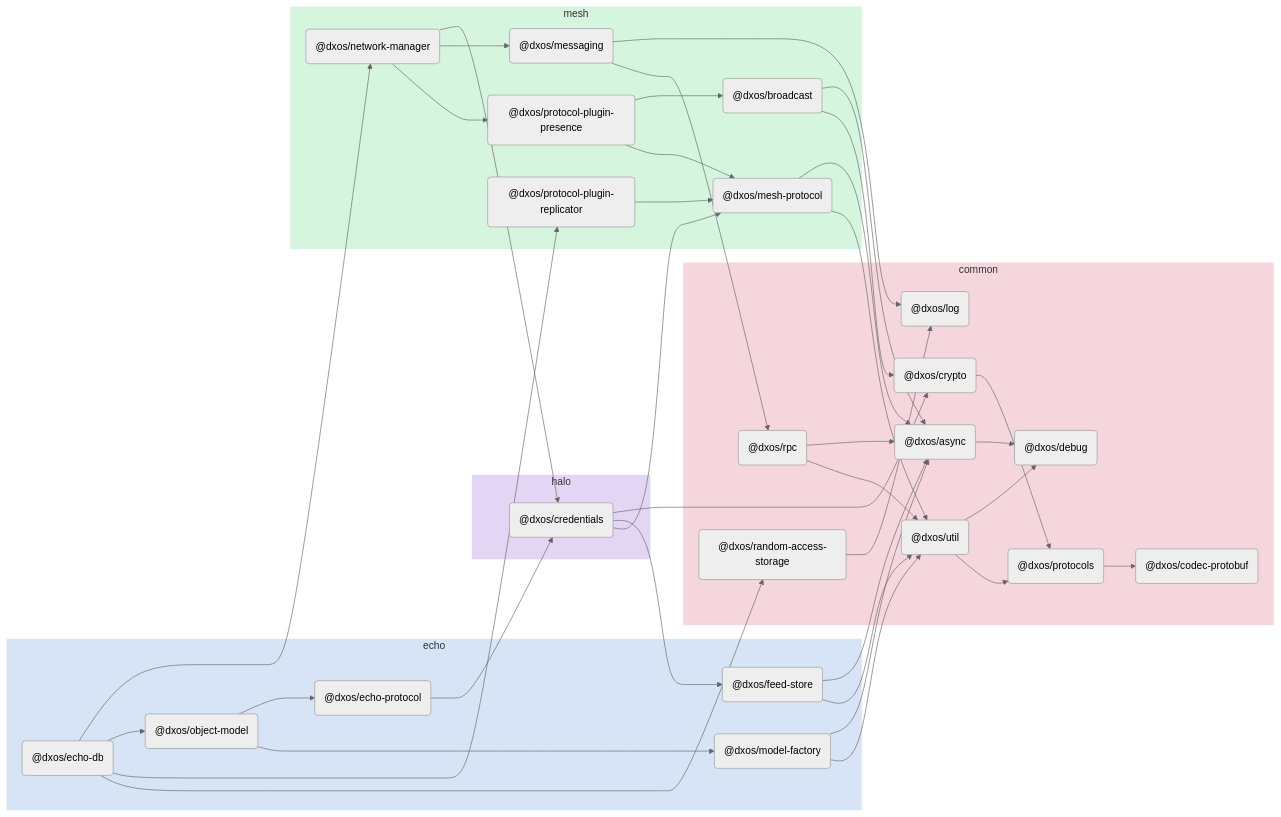
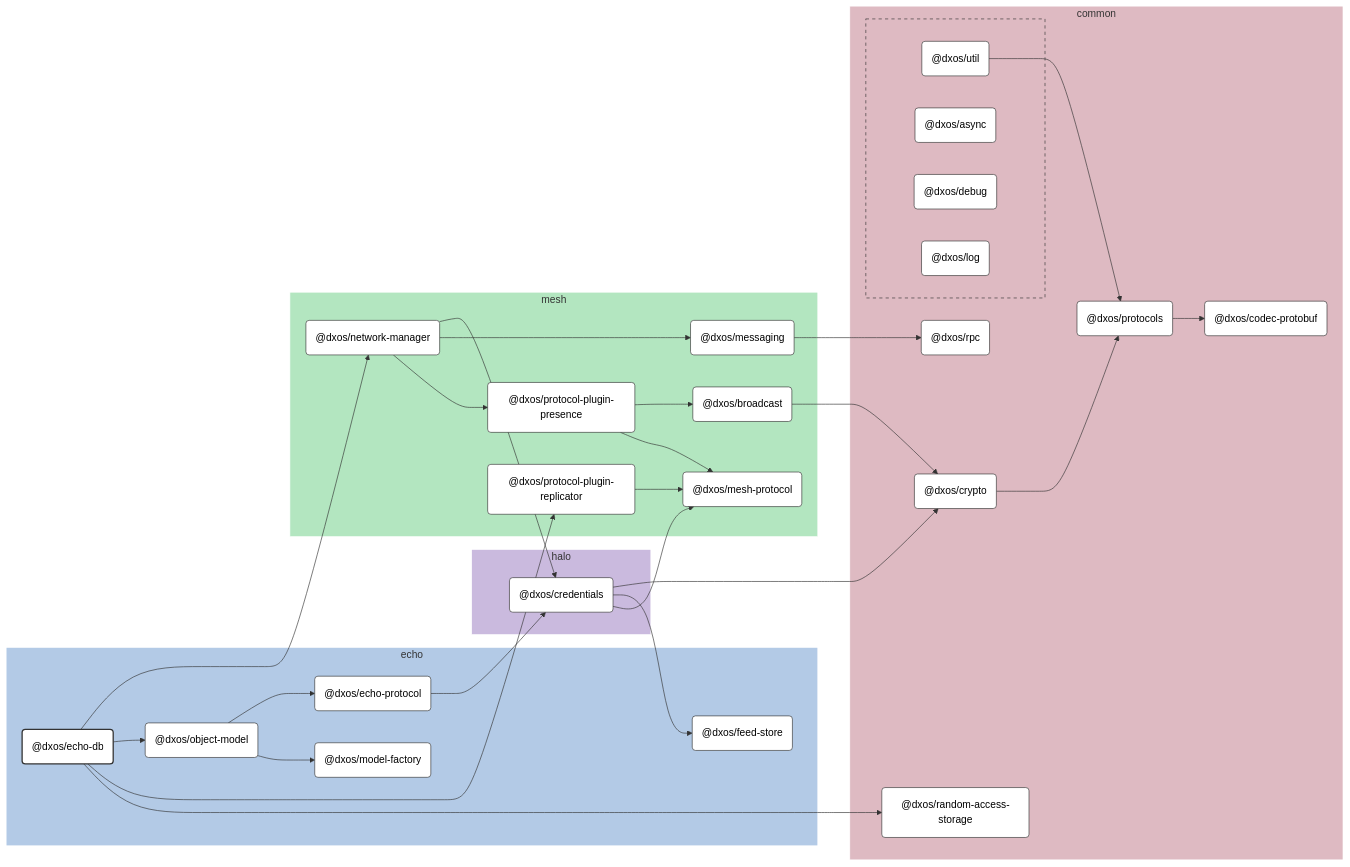
Before and after one commit to dxos/dxos: the diagram in packages/echo/echo-db/docs/README.md, drawn with Mermaid (neutral theme). The commit also changed other lines of this file and 109 other files, not shown here.

````diff
--- a/packages/echo/echo-db/docs/README.md
+++ b/packages/echo/echo-db/docs/README.md
@@ -5,75 +7,126 @@
 ```mermaid
-flowchart LR;
+%%{ init: {'flowchart':{'curve':'basis'}} }%%
 
+flowchart LR
+
+%% Links
+dxos/broadcast --> dxos/crypto;
+dxos/credentials --> dxos/crypto;
+dxos/credentials --> dxos/feed-store;
+dxos/credentials --> dxos/mesh-protocol;
+dxos/crypto --> dxos/protocols;
+dxos/echo-db --> dxos/network-manager;
+dxos/echo-db --> dxos/object-model;
+dxos/echo-db --> dxos/protocol-plugin-replicator;
+dxos/echo-db --> dxos/random-access-storage;
+dxos/echo-protocol --> dxos/credentials;
+dxos/messaging --> dxos/rpc;
+dxos/network-manager --> dxos/credentials;
+dxos/network-manager --> dxos/messaging;
+dxos/network-manager --> dxos/protocol-plugin-presence;
+dxos/object-model --> dxos/echo-protocol;
+dxos/object-model --> dxos/model-factory;
+dxos/protocol-plugin-presence --> dxos/broadcast;
+dxos/protocol-plugin-presence --> dxos/mesh-protocol;
+dxos/protocol-plugin-replicator --> dxos/mesh-protocol;
+dxos/protocols --> dxos/codec-protobuf;
+dxos/util --> dxos/protocols;
+
+%% Sections
 subgraph echo
-  style echo fill:#d6e4f5,stroke:#fff;
-  dxos/echo-db("@dxos/echo-db");
-  dxos/feed-store("@dxos/feed-store");
-  dxos/echo-protocol("@dxos/echo-protocol");
-  dxos/model-factory("@dxos/model-factory");
-  dxos/object-model("@dxos/object-model");
+  style echo fill:#b3cae6,stroke:#fff;
+
+  dxos/echo-db("@dxos/echo-db")
+  dxos/echo-protocol("@dxos/echo-protocol")
+  dxos/feed-store("@dxos/feed-store")
+  dxos/model-factory("@dxos/model-factory")
+  dxos/object-model("@dxos/object-model")
 end
 
 subgraph common
-  style common fill:#f5d6dd,stroke:#fff;
-  dxos/log("@dxos/log");
-  dxos/async("@dxos/async");
-  dxos/debug("@dxos/debug");
-  dxos/codec-protobuf("@dxos/codec-protobuf");
-  dxos/crypto("@dxos/crypto");
-  dxos/protocols("@dxos/protocols");
-  dxos/util("@dxos/util");
-  dxos/rpc("@dxos/rpc");
-  dxos/random-access-storage("@dxos/random-access-storage");
+  style common fill:#debac2,stroke:#fff;
+
+  dxos/codec-protobuf("@dxos/codec-protobuf")
+  dxos/crypto("@dxos/crypto")
+  dxos/protocols("@dxos/protocols")
+  dxos/random-access-storage("@dxos/random-access-storage")
+  dxos/rpc("@dxos/rpc")
+
+  subgraph common-excluded [ ]
+    style common-excluded fill:#debac2,stroke:#333,stroke-dasharray:5 5;
+
+    dxos/async("@dxos/async")
+    dxos/debug("@dxos/debug")
+    dxos/log("@dxos/log")
+    dxos/util("@dxos/util")
+  end
 end
 
 subgraph halo
-  style halo fill:#e3d6f5,stroke:#fff;
-  dxos/credentials("@dxos/credentials");
+  style halo fill:#cabade,stroke:#fff;
+
+  dxos/credentials("@dxos/credentials")
 end
 
 subgraph mesh
-  style mesh fill:#d6f5de,stroke:#fff;
-  dxos/mesh-protocol("@dxos/mesh-protocol");
-  dxos/messaging("@dxos/messaging");
-  dxos/network-manager("@dxos/network-manager");
-  dxos/protocol-plugin-presence("@dxos/protocol-plugin-presence");
-  dxos/broadcast("@dxos/broadcast");
-  dxos/protocol-plugin-replicator("@dxos/protocol-plugin-replicator");
+  style mesh fill:#b3e6c0,stroke:#fff;
+
+  dxos/broadcast("@dxos/broadcast")
+  dxos/mesh-protocol("@dxos/mesh-protocol")
+  dxos/messaging("@dxos/messaging")
+  dxos/network-manager("@dxos/network-manager")
+  dxos/protocol-plugin-presence("@dxos/protocol-plugin-presence")
+  dxos/protocol-plugin-replicator("@dxos/protocol-plugin-replicator")
 end
 
-dxos/async --> dxos/debug;
-dxos/credentials --> dxos/crypto;
-dxos/crypto --> dxos/protocols;
-dxos/protocols --> dxos/codec-protobuf;
-dxos/credentials --> dxos/feed-store;
-dxos/feed-store --> dxos/async;
-dxos/feed-store --> dxos/util;
-dxos/util --> dxos/debug;
-dxos/util --> dxos/protocols;
-dxos/credentials --> dxos/mesh-protocol;
-dxos/mesh-protocol --> dxos/async;
-dxos/mesh-protocol --> dxos/util;
-dxos/echo-protocol --> dxos/credentials;
-dxos/messaging --> dxos/log;
-dxos/messaging --> dxos/rpc;
-dxos/rpc --> dxos/async;
-dxos/rpc --> dxos/util;
-dxos/model-factory --> dxos/async;
-dxos/model-factory --> dxos/util;
-dxos/echo-db --> dxos/network-manager;
-dxos/network-manager --> dxos/credentials;
-dxos/network-manager --> dxos/messaging;
-dxos/network-manager --> dxos/protocol-plugin-presence;
-dxos/protocol-plugin-presence --> dxos/broadcast;
-dxos/broadcast --> dxos/async;
-dxos/broadcast --> dxos/crypto;
-dxos/protocol-plugin-presence --> dxos/mesh-protocol;
-dxos/echo-db --> dxos/object-model;
-dxos/object-model --> dxos/echo-protocol;
-dxos/object-model --> dxos/model-factory;
-dxos/echo-db --> dxos/protocol-plugin-replicator;
-dxos/protocol-plugin-replicator --> dxos/mesh-protocol;
-dxos/echo-db --> dxos/random-access-storage;
-dxos/random-access-storage --> dxos/log;
+
+%% Hyperlinks
+click dxos/async href "https:/github.com/dxos/dxos/tree/main/packages/common/async/docs";
+click dxos/broadcast href "https:/github.com/dxos/dxos/tree/main/packages/mesh/broadcast/docs";
+click dxos/codec-protobuf href "https:/github.com/dxos/dxos/tree/main/packages/common/codec-protobuf/docs";
+click dxos/credentials href "https:/github.com/dxos/dxos/tree/main/packages/halo/credentials/docs";
+click dxos/crypto href "https:/github.com/dxos/dxos/tree/main/packages/common/crypto/docs";
+click dxos/debug href "https:/github.com/dxos/dxos/tree/main/packages/common/debug/docs";
+click dxos/echo-protocol href "https:/github.com/dxos/dxos/tree/main/packages/echo/echo-protocol/docs";
+click dxos/feed-store href "https:/github.com/dxos/dxos/tree/main/packages/echo/feed-store/docs";
+click dxos/log href "https:/github.com/dxos/dxos/tree/main/packages/common/log/docs";
+click dxos/mesh-protocol href "https:/github.com/dxos/dxos/tree/main/packages/mesh/mesh-protocol/docs";
+click dxos/messaging href "https:/github.com/dxos/dxos/tree/main/packages/mesh/messaging/docs";
+click dxos/model-factory href "https:/github.com/dxos/dxos/tree/main/packages/echo/model-factory/docs";
+click dxos/network-manager href "https:/github.com/dxos/dxos/tree/main/packages/mesh/network-manager/docs";
+click dxos/object-model href "https:/github.com/dxos/dxos/tree/main/packages/echo/object-model/docs";
+click dxos/protocol-plugin-presence href "https:/github.com/dxos/dxos/tree/main/packages/mesh/protocol-plugin-presence/docs";
+click dxos/protocol-plugin-replicator href "https:/github.com/dxos/dxos/tree/main/packages/mesh/protocol-plugin-replicator/docs";
+click dxos/protocols href "https:/github.com/dxos/dxos/tree/main/packages/common/protocols/docs";
+click dxos/random-access-storage href "https:/github.com/dxos/dxos/tree/main/packages/common/random-access-storage/docs";
+click dxos/rpc href "https:/github.com/dxos/dxos/tree/main/packages/common/rpc/docs";
+click dxos/util href "https:/github.com/dxos/dxos/tree/main/packages/common/util/docs";
+
+%% Styles
+classDef rootNode fill:#fff,stroke:#333,stroke-width:2px
+classDef defaultNode fill:#fff,stroke:#333,stroke-width:1px
+linkStyle default stroke:#333,stroke-width:1px
+
+dxos/echo-db:::rootNode
+
+dxos/async:::defaultNode
+dxos/broadcast:::defaultNode
+dxos/codec-protobuf:::defaultNode
+dxos/credentials:::defaultNode
+dxos/crypto:::defaultNode
+dxos/debug:::defaultNode
+dxos/echo-protocol:::defaultNode
+dxos/feed-store:::defaultNode
+dxos/log:::defaultNode
+dxos/mesh-protocol:::defaultNode
+dxos/messaging:::defaultNode
+dxos/model-factory:::defaultNode
+dxos/network-manager:::defaultNode
+dxos/object-model:::defaultNode
+dxos/protocol-plugin-presence:::defaultNode
+dxos/protocol-plugin-replicator:::defaultNode
+dxos/protocols:::defaultNode
+dxos/random-access-storage:::defaultNode
+dxos/rpc:::defaultNode
+dxos/util:::defaultNode
 ```
````
